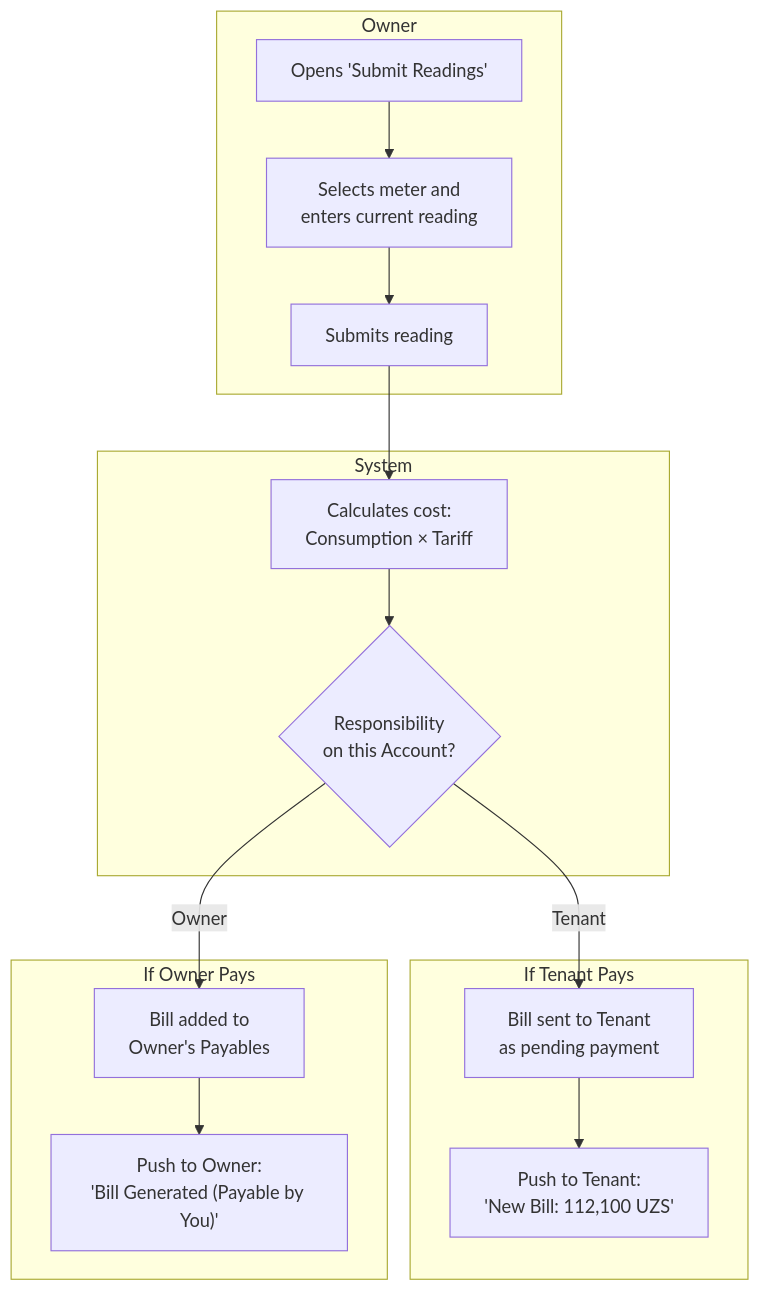
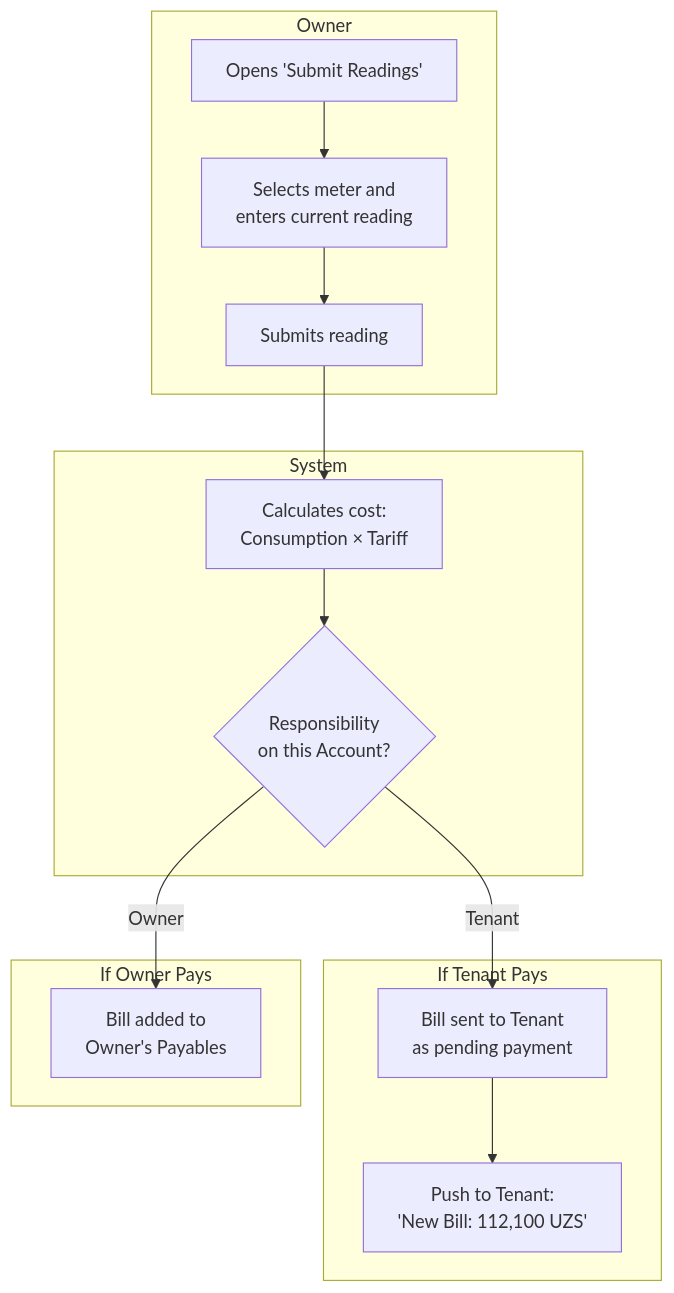
One commit to saodatm-dev/Utilities---Informational-Architecture changed the fifth of 11 diagrams in Utilities - Business Owner.md. Above: the diagram before and after it, drawn with Mermaid. The commit also changed other lines of this file and 1 other file, not shown here.

Commit message:
refactor: Localize utility names to Uzbek, consolidate feature tiers, remove payment service integration, and refine payment flow details.

````diff
--- a/Utilities - Business Owner.md
+++ b/Utilities - Business Owner.md
@@ -154,21 +154,20 @@
 ```mermaid
 flowchart TD
     subgraph OWNER_ACTIONS ["Owner"]
         OPEN["Opens 'Submit Readings'"] --> SELECT["Selects meter and<br/>enters current reading"] --> SUBMIT["Submits reading"]
     end
 
     subgraph SYSTEM_ACTIONS ["System"]
         SUBMIT --> CALC["Calculates cost:<br/>Consumption × Tariff"]
         CALC --> CHECK_RESP{"Responsibility<br/>on this Account?"}
     end
 
     subgraph TENANT_PATH ["If Tenant Pays"]
         CHECK_RESP -->|"Tenant"| BILL_T["Bill sent to Tenant<br/>as pending payment"]
         BILL_T --> NOTIFY_T["Push to Tenant:<br/>'New Bill: 112,100 UZS'"]
     end
 
     subgraph OWNER_PATH ["If Owner Pays"]
         CHECK_RESP -->|"Owner"| BILL_O["Bill added to<br/>Owner's Payables"]
-        BILL_O --> NOTIFY_O["Push to Owner:<br/>'Bill Generated (Payable by You)'"]
     end
 ```
````
